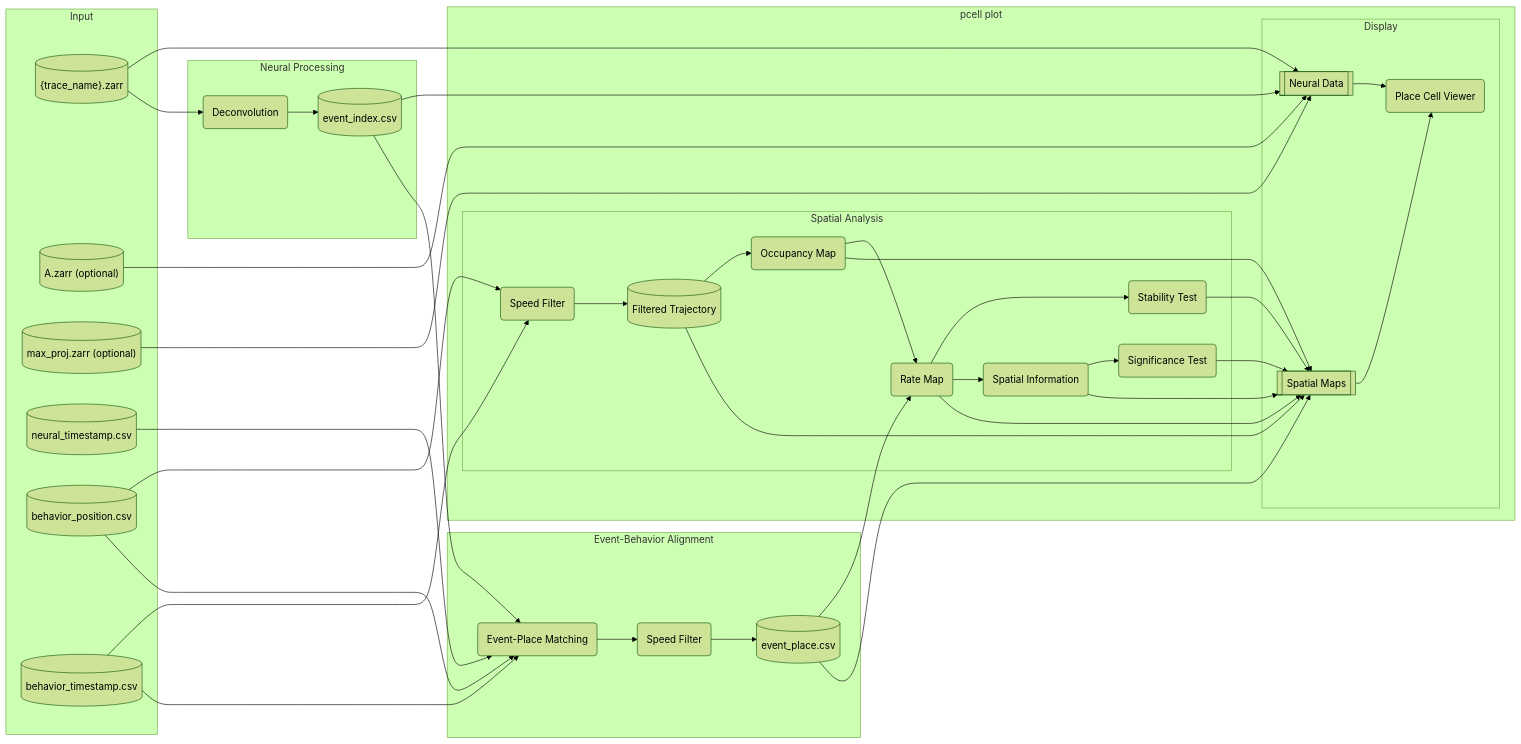
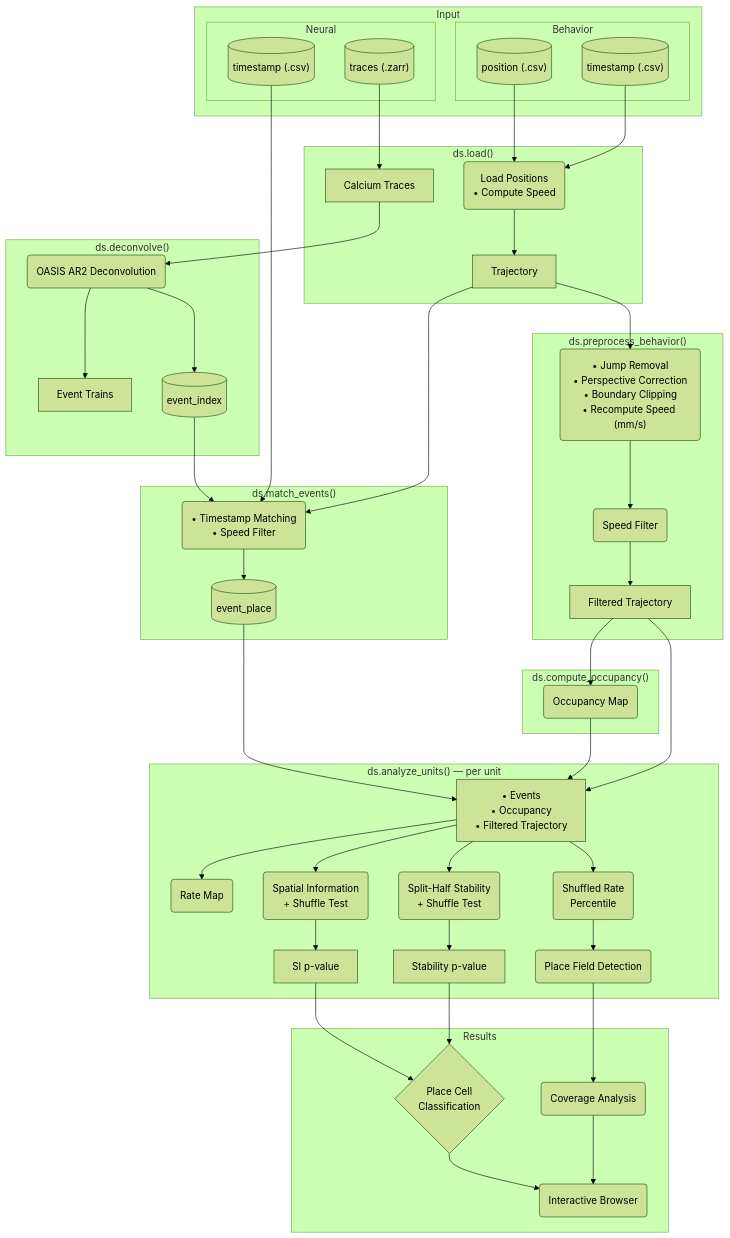
The diagram in docs/pipeline.md (miniscope/placecell), drawn with Mermaid (forest theme) before and after one commit. The commit also changed other lines of this file and 8 other files, not shown here.

````diff
--- a/docs/pipeline.md
+++ b/docs/pipeline.md
@@ -8,56 +8,65 @@
 ```mermaid
-flowchart LR
+flowchart TD
     subgraph Input
-        A[("{trace_name}.zarr")]
-        A2[("A.zarr (optional)")]
-        A3[("max_proj.zarr (optional)")]
-        B[(neural_timestamp.csv)]
-        C[(behavior_position.csv)]
-        D[(behavior_timestamp.csv)]
+        subgraph Neural
+            A[("traces (.zarr)")]
+            B[("timestamp (.csv)")]
+        end
+        subgraph Behavior
+            C[("position (.csv)")]
+            D[("timestamp (.csv)")]
+        end
     end
 
-    subgraph Neural Processing
-        A --> E(Deconvolution)
-        E --> F[(event_index.csv)]
+    subgraph load ["ds.load()"]
+        A --> traces[Calcium Traces]
+        C --> load_beh("Load Positions<br/>• Compute Speed")
+        D --> load_beh
+        load_beh --> traj["Trajectory"]
     end
 
-    subgraph Event-Behavior Alignment
-        F --> G(Event-Place Matching)
-        B --> G
-        C --> G
-        D --> G
-        G --> R(Speed Filter)
-        R --> H[(event_place.csv)]
+    subgraph preprocess ["ds.preprocess_behavior()"]
+        traj --> PP("• Jump Removal<br/>• Perspective Correction<br/>• Boundary Clipping<br/>• Recompute Speed (mm/s)")
+        PP --> SF(Speed Filter)
+        SF --> traj_filt[Filtered Trajectory]
     end
 
-    subgraph pcell plot
-        A --> O
-        A2 --> O
-        A3 --> O
-        F --> O
-        Q --> P
-        H --> P
-        J --> P
-        K --> P
-        L --> P
-        N --> P
-        S --> P
-        subgraph Spatial Analysis
-            C --> I(Speed Filter)
-            D --> I
-            I --> Q[(Filtered Trajectory)]
-            Q --> J(Occupancy Map)
-            H --> K(Rate Map)
-            J --> K
-            K --> L(Spatial Information)
-            K --> S(Stability Test)
-            L --> N(Significance Test)
-        end
+    subgraph deconv ["ds.deconvolve()"]
+        traces --> OASIS(OASIS AR2 Deconvolution)
+        OASIS --> S_list[Event Trains]
+        OASIS --> event_idx[(event_index)]
+    end
 
-        subgraph Display
-            O[[Neural Data]] --> M(Place Cell Viewer)
-            P[[Spatial Maps]] --> M
-        end
+    subgraph match ["ds.match_events()"]
+        event_idx --> EM("• Timestamp Matching<br/>• Speed Filter")
+        B --> EM
+        traj --> EM
+        EM --> event_place[(event_place)]
+    end
 
+    subgraph occupancy ["ds.compute_occupancy()"]
+        traj_filt --> OCC(Occupancy Map)
+    end
+
+    event_place --> unit_input["• Events<br/>• Occupancy<br/>• Filtered Trajectory"]
+    OCC --> unit_input
+    traj_filt --> unit_input
+
+    subgraph analyze ["ds.analyze_units() — per unit"]
+        unit_input --> RM(Rate Map)
+        unit_input --> SI("Spatial Information<br/>+ Shuffle Test")
+        SI --> pval[SI p-value]
+        unit_input --> RATE_SHUF("Shuffled Rate<br/>Percentile")
+        RATE_SHUF --> PF("Place Field Detection")
+        unit_input --> STAB("Split-Half Stability<br/>+ Shuffle Test")
+        STAB --> stab_p[Stability p-value]
+    end
+
+    subgraph results [Results]
+        pval --> PC{"Place Cell<br/>Classification"}
+        stab_p --> PC
+        PF --> COV(Coverage Analysis)
+        PC --> browse(Interactive Browser)
+        COV --> browse
     end
 ```
````
